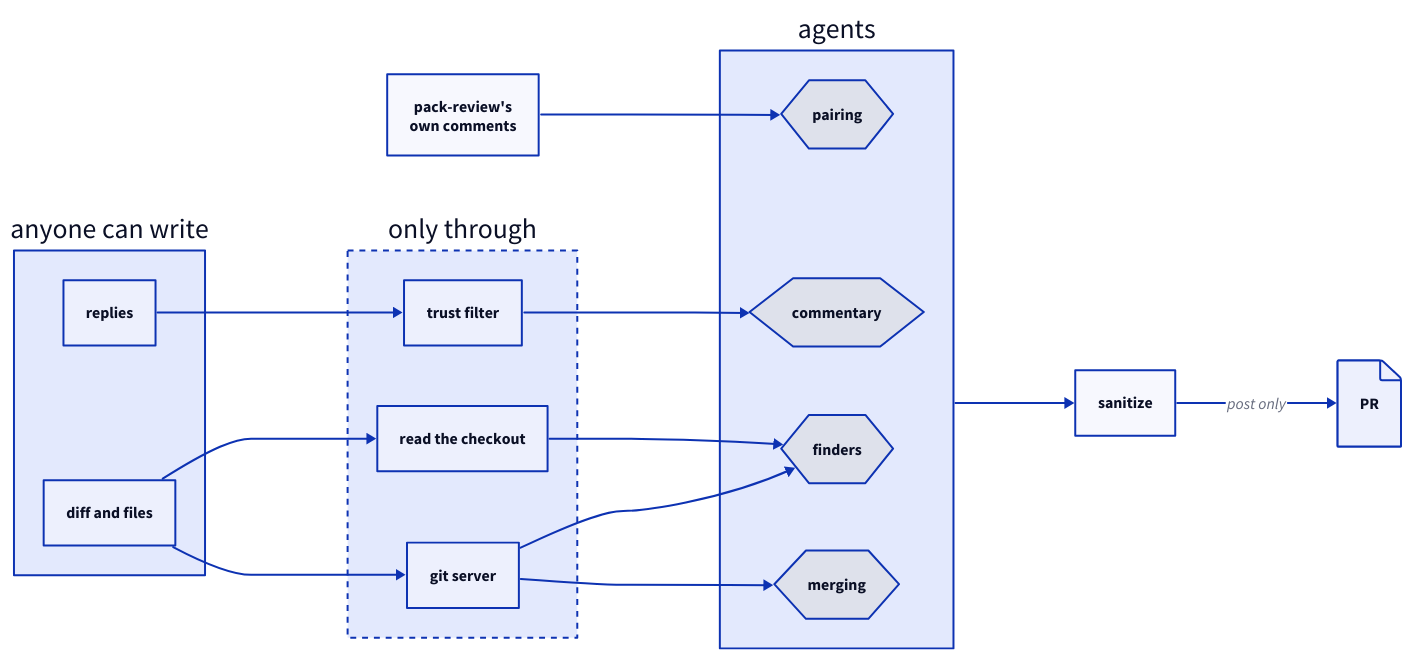
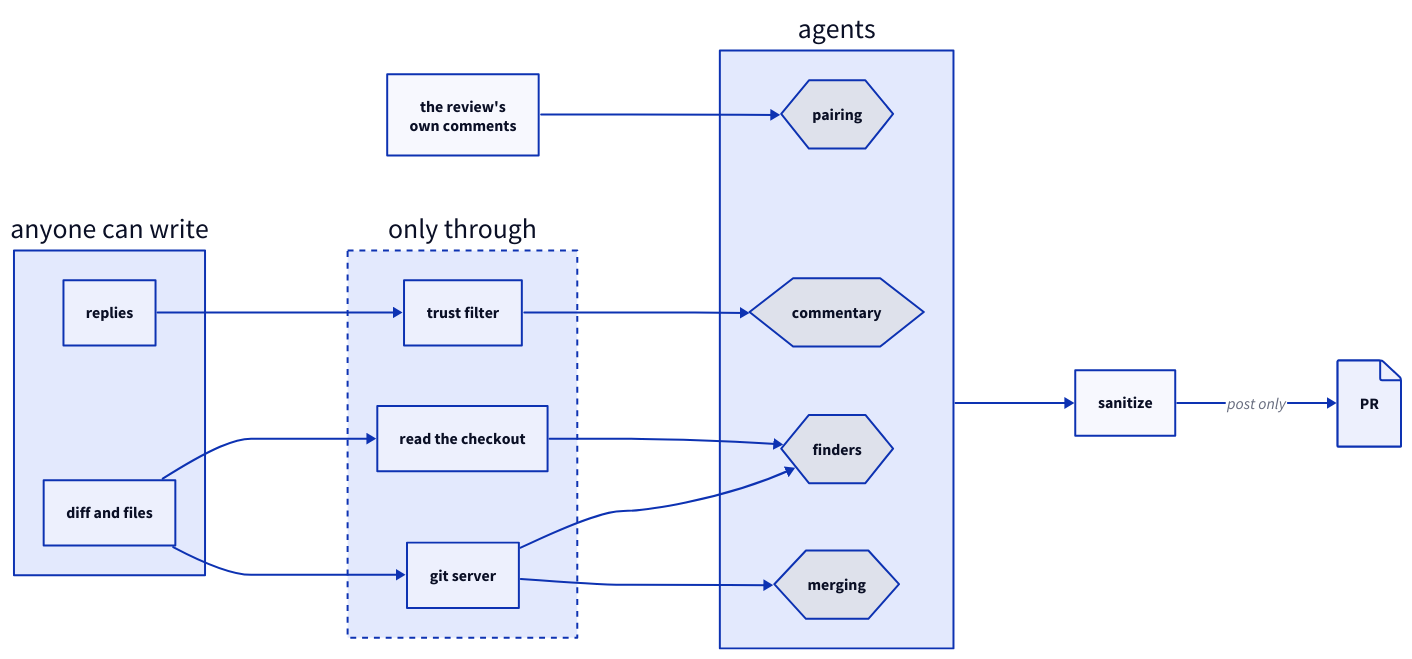
The second of 2 diagrams in review/review.tree.md (mjewell/context-packs), drawn with D2 before and after one commit. The commit also changed other lines of this file, not shown here.

First line of the commit message:
Define the review tree's terms where readers meet them

````diff
--- a/review/review.tree.md
+++ b/review/review.tree.md
@@ -118,30 +118,30 @@
   ```d2
   direction: right
   written: anyone can write {
     diff: diff and files
     replies: replies
   }
-  own: pack-review's\nown comments
+  own: the review's\nown comments
   gates: only through {
     style.stroke-dash: 3
     trust: trust filter
     read: read the checkout
     git: git server
   }
   agents: agents {
     pairer: pairing {shape: hexagon}
     commenter: commentary {shape: hexagon}
     finder: finders {shape: hexagon}
     merger: merging {shape: hexagon}
   }
   out: sanitize
   pr: PR {shape: page}
   written.replies -> gates.trust -> agents.commenter
   written.diff -> gates.read -> agents.finder
   written.diff -> gates.git
   gates.git -> agents.finder
   gates.git -> agents.merger
   own -> agents.pairer
   agents -> out
   out -> pr: post only
   ```
````
